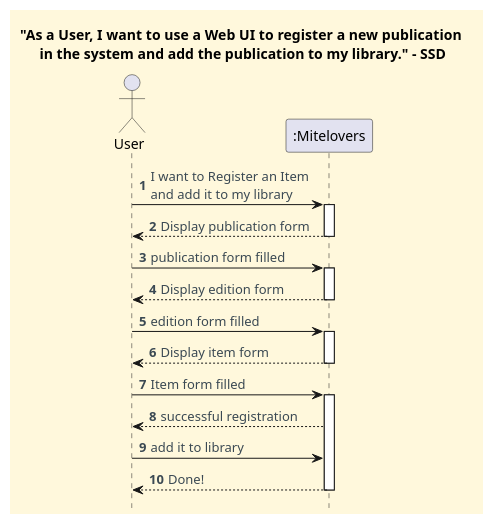
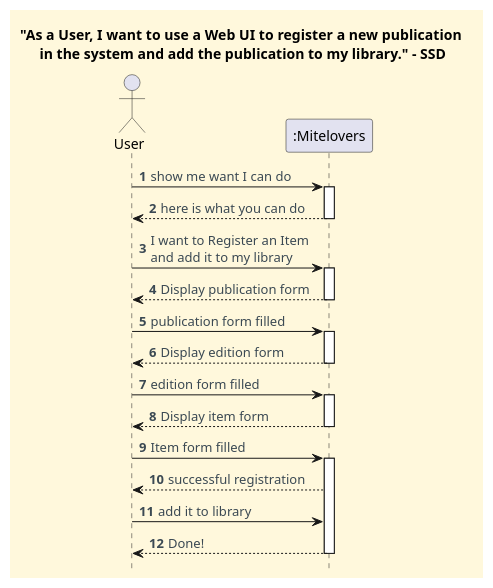
One commit to CarolinaLeite-collab/JavaMarketplacePlatform changed the diagram in docs/client-server-diagrams/register_publication_and_add_to_library/Process_View_SSD.puml. Above: the diagram before and after it, drawn with PlantUML. The commit also changed 1 other file, not shown here.

```diff
--- a/docs/client-server-diagrams/register_publication_and_add_to_library/Process_View_SSD.puml
+++ b/docs/client-server-diagrams/register_publication_and_add_to_library/Process_View_SSD.puml
@@ -1,47 +1,50 @@
 @startuml
 '==== Title ====
 title "As a User, I want to use a Web UI to register a new publication \nin the system and add the publication to my library." - SSD
 
 '==== basic style ====
 skinparam monochrome false
 skinparam shadowing false
 skinparam defaultFontName Futura
 skinparam objectFontSize 20
 skinparam backgroundColor CornSilk
 skinparam objectBackgroundColor WhiteSmoke
 skinparam noteBackgroundColor #FFFFE0
 skinparam ArrowFontColor #3B4953
 skinparam ActivationBackgroundColor black
 hidefootbox
 autonumber
 
 ' ==== Actor and participants ====
 actor User
 participant ":Mitelovers" as System
 
+User -> System : show me want I can do
+activate System
+System --> User : here is what you can do
+deactivate System
+
 User -> System : I want to Register an Item \nand add it to my library
 activate System
 System --> User : Display publication form
 deactivate System
-
 
 User -> System : publication form filled
 activate System
 System --> User : Display edition form
 deactivate System
 
 User -> System : edition form filled
 activate System
 System --> User: Display item form
 deactivate System
 
 User -> System : Item form filled
 activate System
 System --> User: successful registration
 
-
 User -> System : add it to library
 System --> User: Done!
 deactivate System
 
 @enduml
```
